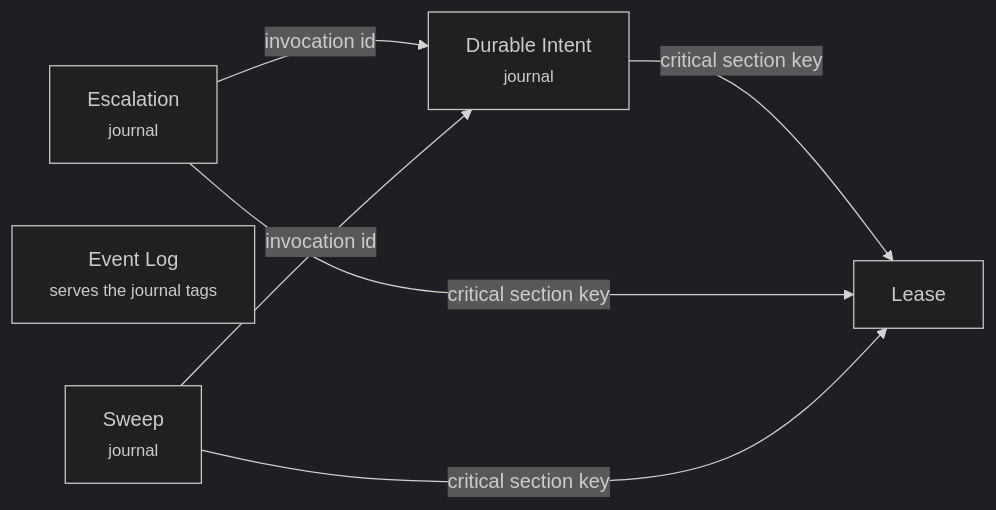
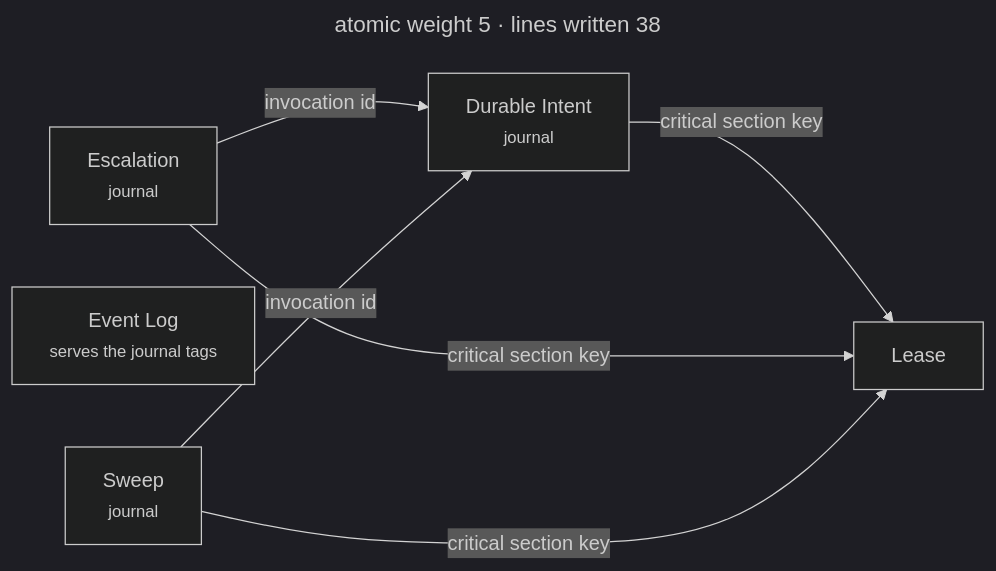
One commit to scottromack/grace-commons changed the diagram in library/apps/recoverable-invocation/connections.md. Above: the diagram before and after it, drawn with Mermaid. The commit also changed other lines of this file and 4 other files, not shown here.

First line of the commit message:
site: the connector diagram heads with the app's atomic weight and carries each glue line's birth tag

````diff
--- a/library/apps/recoverable-invocation/connections.md
+++ b/library/apps/recoverable-invocation/connections.md
@@ -15,14 +15,17 @@
 ```mermaid
+---
+title: atomic weight 5 · lines written 38
+---
 %%{init: {"theme": "dark", "flowchart": {"htmlLabels": true}} }%%
 flowchart LR
   c_durable_intent["Durable Intent<br/><small>journal</small>"]
   c_escalation["Escalation<br/><small>journal</small>"]
   c_event_log["Event Log<br/><small>serves the journal tags</small>"]
   c_lease["Lease"]
   c_sweep["Sweep<br/><small>journal</small>"]
   c_durable_intent -->|"critical section key"| c_lease
   c_escalation -->|"critical section key"| c_lease
   c_escalation -->|"invocation id"| c_durable_intent
   c_sweep -->|"critical section key"| c_lease
   c_sweep -->|"invocation id"| c_durable_intent
 ```
````
